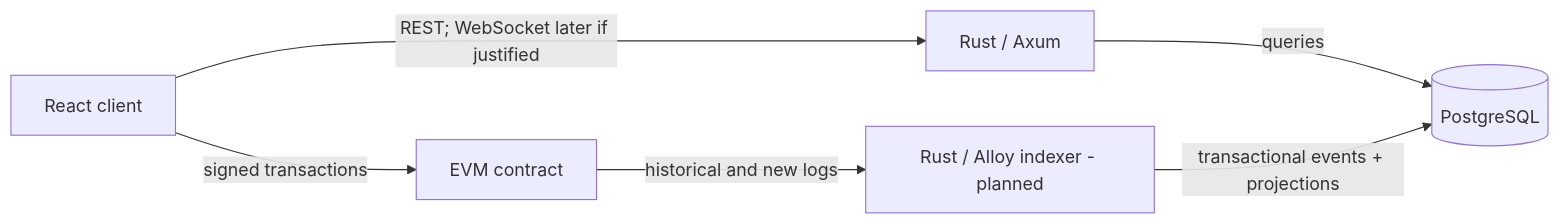
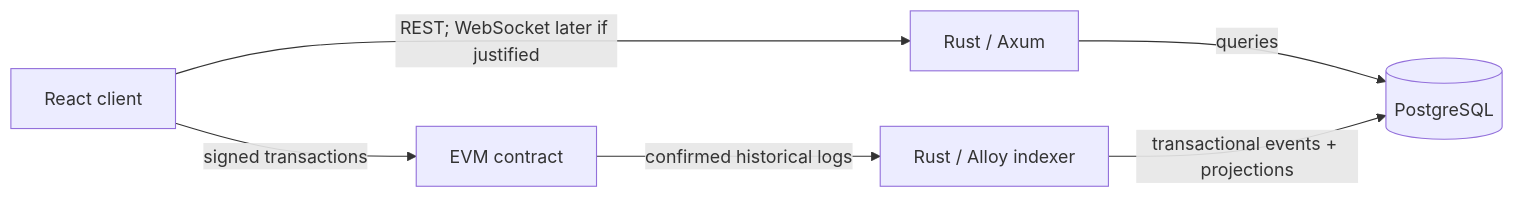
Before and after one commit to hrustrost/FORESYN: the diagram in docs/architecture.md, drawn with Mermaid. The commit also changed other lines of this file and 16 other files, not shown here.

````diff
--- a/docs/architecture.md
+++ b/docs/architecture.md
@@ -9,8 +9,8 @@
 ```mermaid
 flowchart LR
     UI[React client] -->|REST; WebSocket later if justified| API[Rust / Axum]
     UI -->|signed transactions| CHAIN[EVM contract]
     API -->|queries| DB[(PostgreSQL)]
-    CHAIN -->|historical and new logs| IDX[Rust / Alloy indexer - planned]
+    CHAIN -->|confirmed historical logs| IDX[Rust / Alloy indexer]
     IDX -->|transactional events + projections| DB
 ```
````
